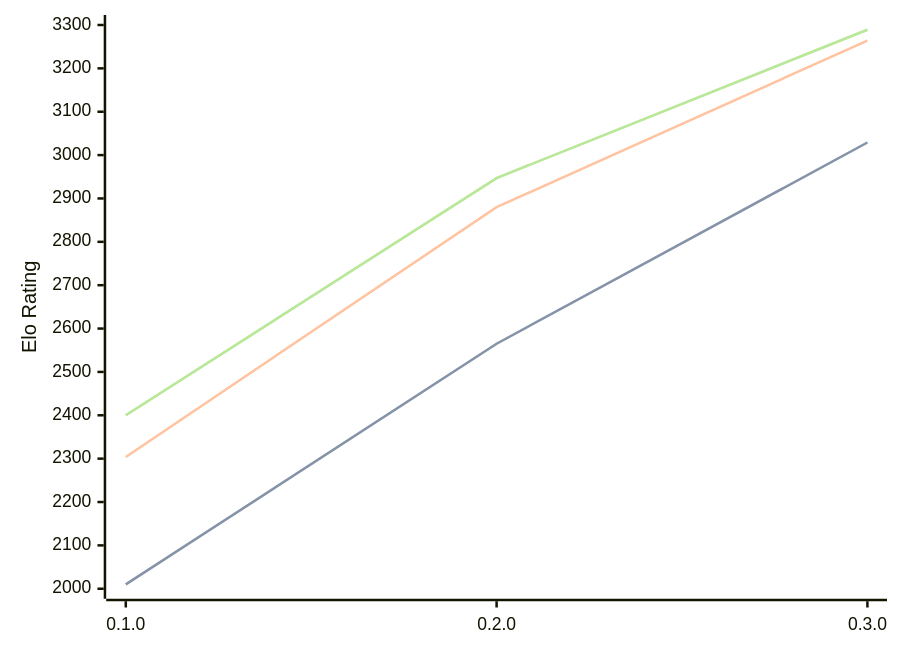
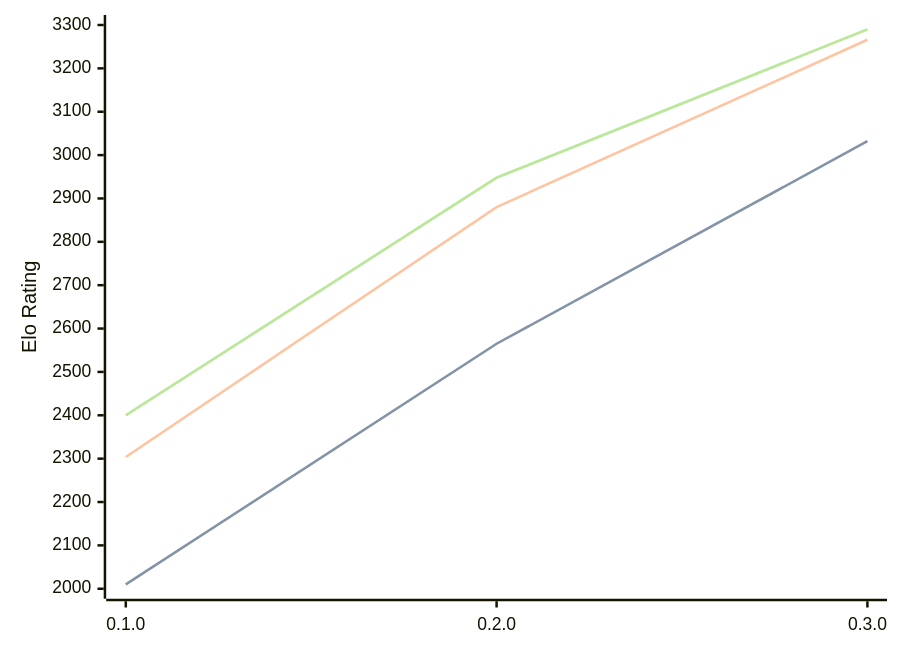
The diagram in engines/Justbot.md (computer-chess-index/cci), drawn with Mermaid before and after one commit. The commit also changed other lines of this file, not shown here.

Commit message:
Update CCI Ratings (ELO VLTC) - 2026-07-29

````diff
--- a/engines/Justbot.md
+++ b/engines/Justbot.md
@@ -33,11 +33,11 @@
 ```mermaid
 %%{init: {"theme":"base","themeVariables":{"seriesColors:['#a3a3a3','#222221','#faa371']}}}%%
 xychart-beta
   x-axis ["0.1.0", "0.2.0", "0.3.0"]
   y-axis "Elo Rating" 2000 --> 3300
-  line "STC (8.0+0.08s)" [2010, 2565, 3029]
-  line "STC (8.0+0.08s)" [2010, 2565, 3029]
-  line "LTC (60.0+0.60s)" [2304, 2880, 3264]
-  line "VLTC (2m24s+1.12s)" [2400, 2947, 3289]
-  line "VLTC (2m24s+1.12s)" [2400, 2947, 3289]
+  line "STC (8.0+0.08s)" [2010, 2565, 3032]
+  line "STC (8.0+0.08s)" [2010, 2565, 3032]
+  line "LTC (60.0+0.60s)" [2304, 2880, 3266]
+  line "VLTC (2m24s+1.12s)" [2400, 2948, 3290]
+  line "VLTC (2m24s+1.12s)" [2400, 2948, 3290]
 ```
````
